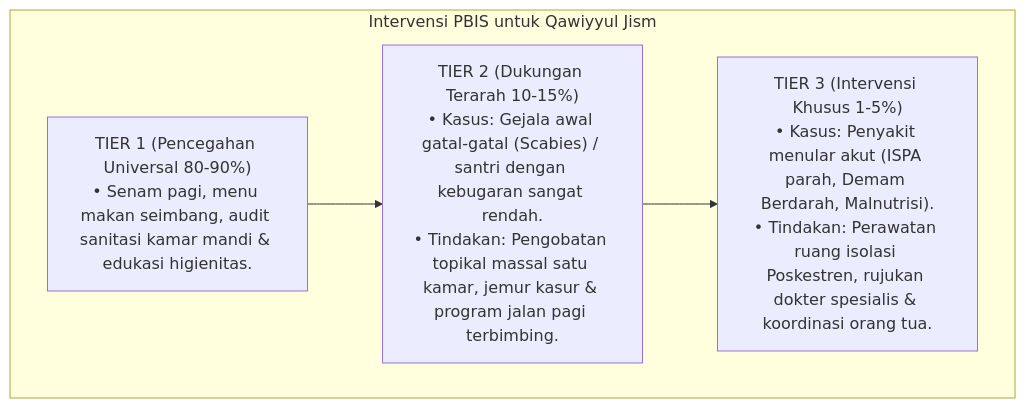
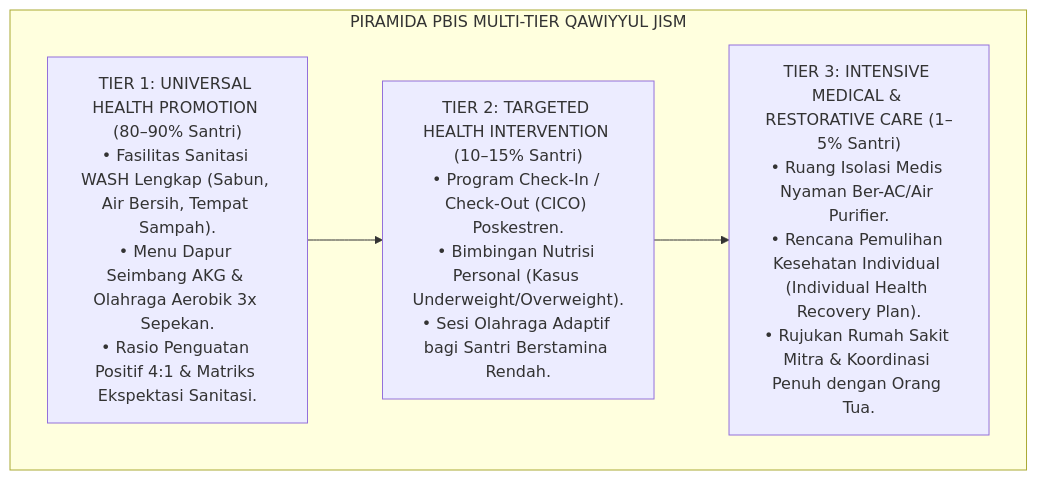
The third of 6 diagrams in 03 Capacity Framework/07 Qawiyyul Jism/P3-07-10-Protokol-Intervensi-dan-Pembiasaan.md (wandiapriliyandi/tumbuh), drawn with Mermaid before and after one commit. The commit also changed other lines of this file and 14 other files, not shown here.

Commit message:
docs(03-capacity): complete 15 research monographs for 07 Qawiyyul Jism

````diff
--- a/03 Capacity Framework/07 Qawiyyul Jism/P3-07-10-Protokol-Intervensi-dan-Pembiasaan.md
+++ b/03 Capacity Framework/07 Qawiyyul Jism/P3-07-10-Protokol-Intervensi-dan-Pembiasaan.md
@@ -21,12 +98,12 @@
 ```mermaid
-graph TD
-    subgraph Intervensi_Jasmani_PBIS["Intervensi PBIS untuk Qawiyyul Jism"]
-        Tier1["TIER 1 (Pencegahan Universal 80-90%)<br/>• Senam pagi, menu makan seimbang, audit sanitasi kamar mandi & edukasi higienitas."]
+flowchart TD
+    subgraph PiramidaPBISJasmani["PIRAMIDA PBIS MULTI-TIER QAWIYYUL JISM"]
+        T1["TIER 1: UNIVERSAL HEALTH PROMOTION (80–90% Santri)<br/>• Fasilitas Sanitasi WASH Lengkap (Sabun, Air Bersih, Tempat Sampah).<br/>• Menu Dapur Seimbang AKG & Olahraga Aerobik 3x Sepekan.<br/>• Rasio Penguatan Positif 4:1 & Matriks Ekspektasi Sanitasi."]
         
-        Tier2["TIER 2 (Dukungan Terarah 10-15%)<br/>• Kasus: Gejala awal gatal-gatal (Scabies) / santri dengan kebugaran sangat rendah.<br/>• Tindakan: Pengobatan topikal massal satu kamar, jemur kasur & program jalan pagi terbimbing."]
+        T2["TIER 2: TARGETED HEALTH INTERVENTION (10–15% Santri)<br/>• Program Check-In / Check-Out (CICO) Poskestren.<br/>• Bimbingan Nutrisi Personal (Kasus Underweight/Overweight).<br/>• Sesi Olahraga Adaptif bagi Santri Berstamina Rendah."]
         
-        Tier3["TIER 3 (Intervensi Khusus 1-5%)<br/>• Kasus: Penyakit menular akut (ISPA parah, Demam Berdarah, Malnutrisi).<br/>• Tindakan: Perawatan ruang isolasi Poskestren, rujukan dokter spesialis & koordinasi orang tua."]
-
-        Tier1 --> Tier2 --> Tier3
+        T3["TIER 3: INTENSIVE MEDICAL & RESTORATIVE CARE (1–5% Santri)<br/>• Ruang Isolasi Medis Nyaman Ber-AC/Air Purifier.<br/>• Rencana Pemulihan Kesehatan Individual (Individual Health Recovery Plan).<br/>• Rujukan Rumah Sakit Mitra & Koordinasi Penuh dengan Orang Tua."]
+        
+        T1 --> T2 --> T3
     end
 ```
````
